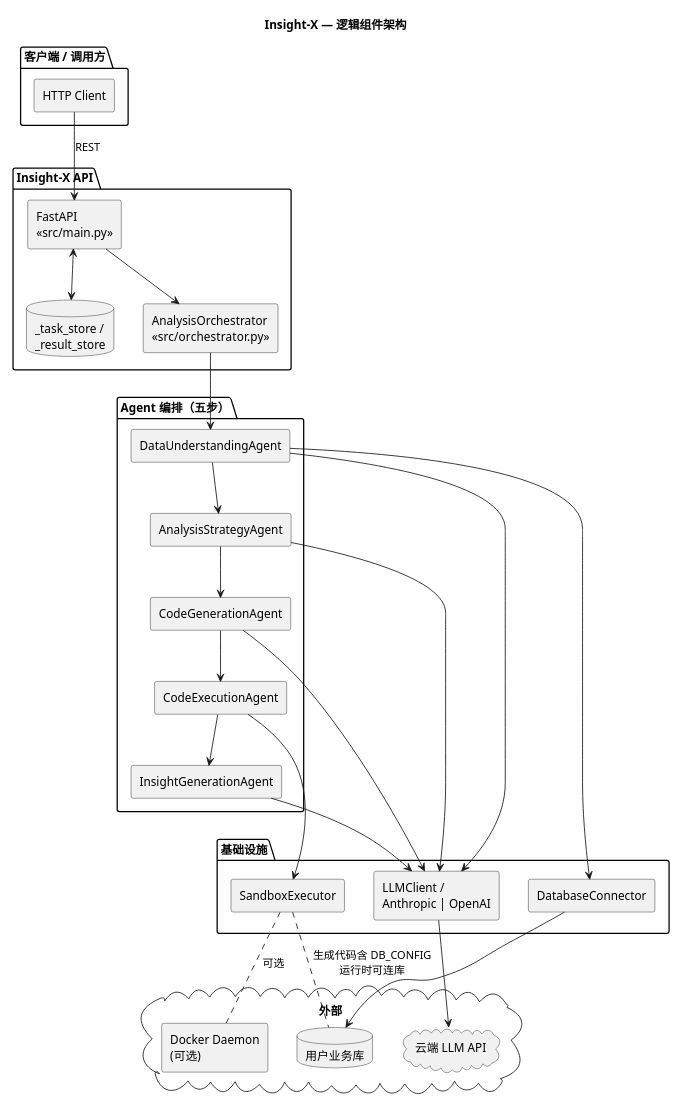
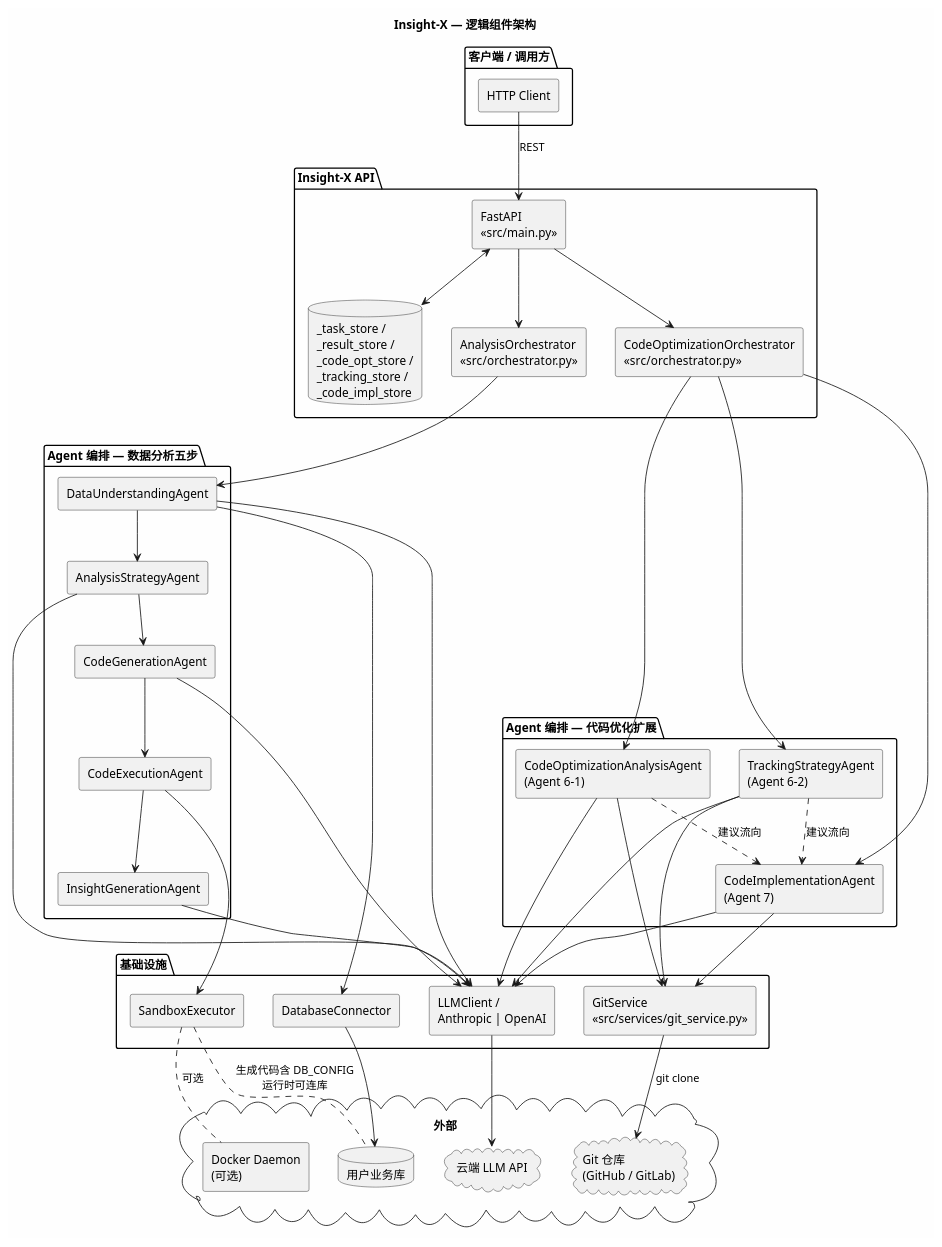
One commit to Wangjunjie991116/insight-x changed the diagram in docs/Introduce/architecture.puml. Above: the diagram before and after it, drawn with PlantUML. The commit also changed 14 other files, not shown here.

```diff
--- a/docs/Introduce/architecture.puml
+++ b/docs/Introduce/architecture.puml
@@ -1,58 +1,83 @@
 @startuml insight-x-architecture
 ' Insight-X 逻辑架构（与 architecture.mermaid 对应）
 skinparam backgroundColor #FEFEFE
 skinparam componentStyle rectangle
 title Insight-X — 逻辑组件架构
 
 package "客户端 / 调用方" {
   [HTTP Client] as U
 }
 
 package "Insight-X API" {
   [FastAPI\n<<src/main.py>>] as FA
-  database "_task_store /\n_result_store" as MEM
+  database "_task_store /\n_result_store /\n_code_opt_store /\n_tracking_store /\n_code_impl_store" as MEM
   [AnalysisOrchestrator\n<<src/orchestrator.py>>] as ORCH
+  [CodeOptimizationOrchestrator\n<<src/orchestrator.py>>] as CORCH
 }
 
-package "Agent 编排（五步）" {
+package "Agent 编排 — 数据分析五步" {
   [DataUnderstandingAgent] as A1
   [AnalysisStrategyAgent] as A2
   [CodeGenerationAgent] as A3
   [CodeExecutionAgent] as A4
   [InsightGenerationAgent] as A5
 }
 
+package "Agent 编排 — 代码优化扩展" {
+  [CodeOptimizationAnalysisAgent\n(Agent 6-1)] as A61
+  [TrackingStrategyAgent\n(Agent 6-2)] as A62
+  [CodeImplementationAgent\n(Agent 7)] as A7
+}
+
 package "基础设施" {
   [LLMClient /\nAnthropic | OpenAI] as LLM
   [DatabaseConnector] as DB
   [SandboxExecutor] as SB
+  [GitService\n<<src/services/git_service.py>>] as GIT
 }
 
 cloud "外部" {
   database "用户业务库" as USERDB
   cloud "云端 LLM API" as LLMAPI
   [Docker Daemon\n(可选)] as DOCKER
+  cloud "Git 仓库\n(GitHub / GitLab)" as REPO
 }
 
 U --> FA : REST
 FA <--> MEM
 FA --> ORCH
+FA --> CORCH
+
 ORCH --> A1
 A1 --> A2
 A2 --> A3
 A3 --> A4
 A4 --> A5
+
+CORCH --> A61
+CORCH --> A62
+CORCH --> A7
+A61 ..> A7 : 建议流向
+A62 ..> A7 : 建议流向
 
 A1 --> DB
 A1 --> LLM
 A2 --> LLM
 A3 --> LLM
 A5 --> LLM
 A4 --> SB
 
+A61 --> LLM
+A61 --> GIT
+A62 --> LLM
+A62 --> GIT
+A7 --> LLM
+A7 --> GIT
+
 DB --> USERDB
 LLM --> LLMAPI
 SB .. DOCKER : 可选
 SB .. USERDB : 生成代码含 DB_CONFIG\n运行时可连库
+GIT --> REPO : git clone
 
 @enduml
```
